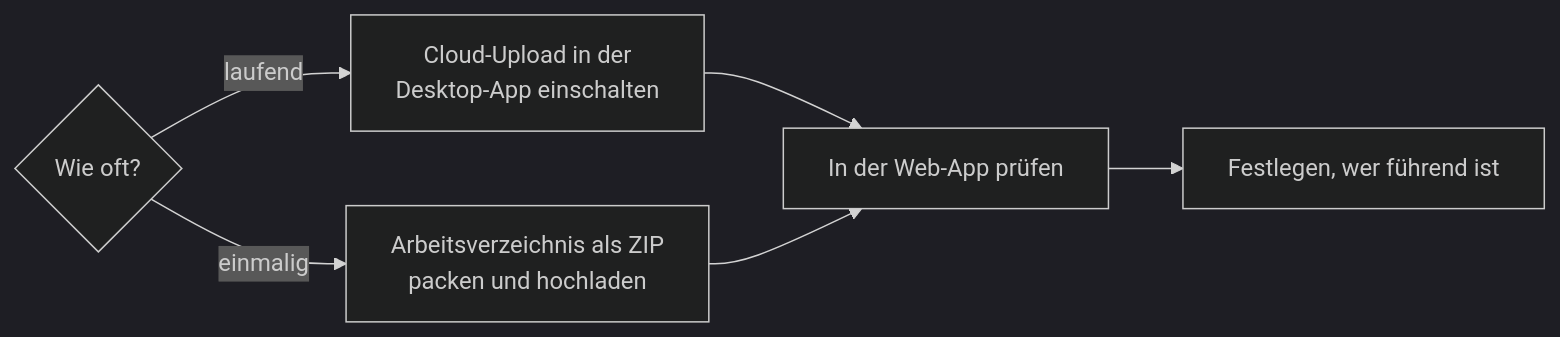
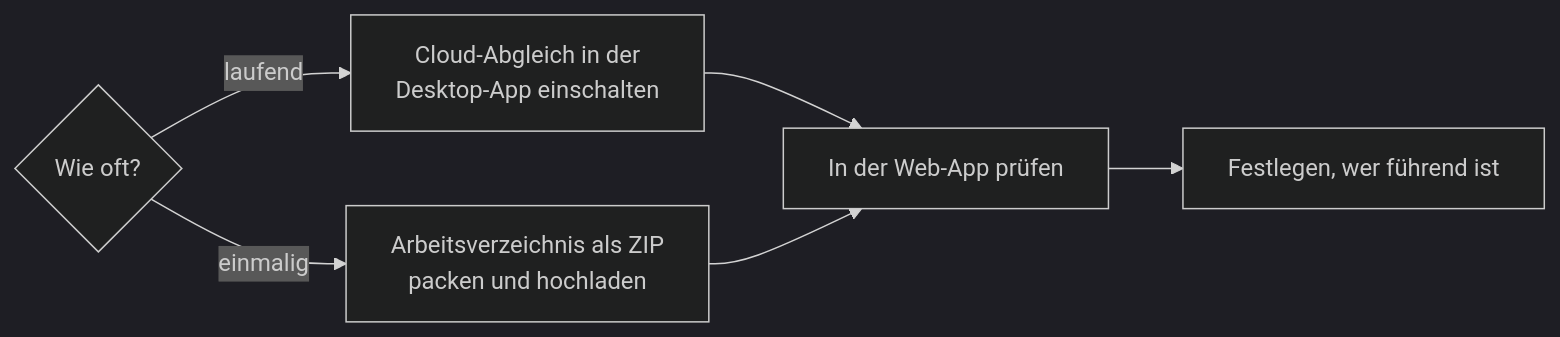
One commit to Herzog-GmbH/HerzogCAB-Docs changed the diagram in docs/tasks/desktop-to-web.md. Above: the diagram before and after it, drawn with Mermaid (dark theme). The commit also changed other lines of this file and 12 other files, not shown here.

````diff
--- a/docs/tasks/desktop-to-web.md
+++ b/docs/tasks/desktop-to-web.md
@@ -15,8 +15,8 @@
 ```mermaid
 flowchart LR
-  A{Wie oft?} -- laufend --> B[Cloud-Upload in der<br>Desktop-App einschalten]
+  A{Wie oft?} -- laufend --> B[Cloud-Abgleich in der<br>Desktop-App einschalten]
   A -- einmalig --> C[Arbeitsverzeichnis als ZIP<br>packen und hochladen]
   B --> D[In der Web-App prüfen]
   C --> D
   D --> E[Festlegen, wer führend ist]
 ```
````
